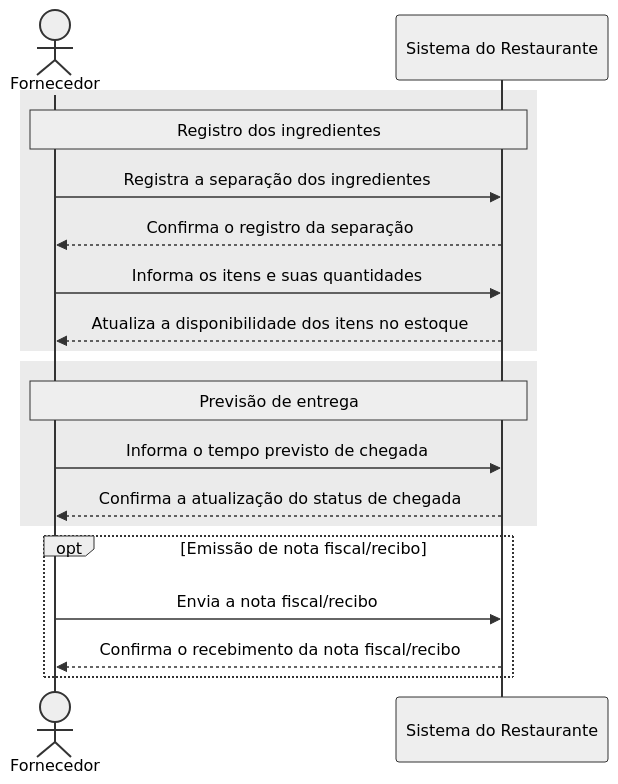
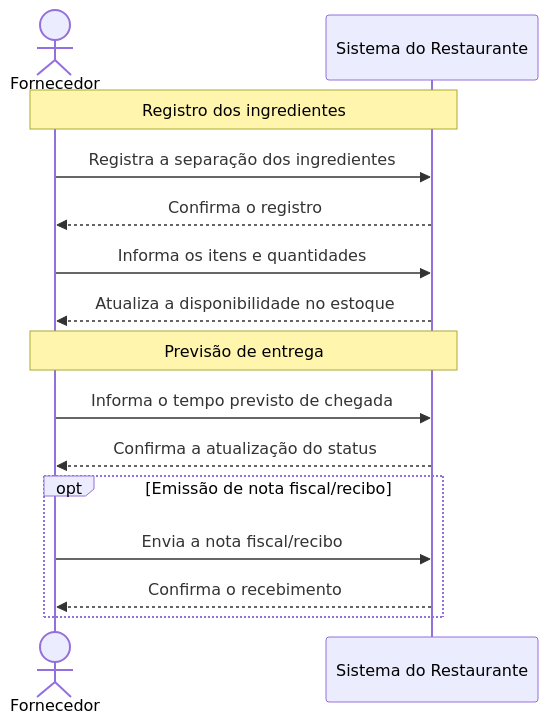
The diagram in sla.md (GusCage/teste), drawn with Mermaid before and after one commit.

Commit message:
Refactor Mermaid diagram for clarity and conciseness

````diff
--- a/sla.md
+++ b/sla.md
@@ -2,42 +2,20 @@
 ```mermaid
-%%{init: {'theme':'base', 'themeVariables': {
-    'background':'#ffffff',
-    'primaryColor':'#e5e5e5',
-    'primaryTextColor':'#000000',
-    'primaryBorderColor':'#333333',
-    'lineColor':'#333333',
-    'textColor':'#000000',
-    'actorBkg':'#eeeeee',
-    'actorTextColor':'#000000',
-    'actorBorder':'#333333',
-    'signalColor':'#333333',
-    'signalTextColor':'#000000',
-    'labelTextColor':'#000000',
-    'noteBkgColor':'#eeeeee',
-    'noteTextColor':'#000000',
-    'noteBorderColor':'#333333'
-}}}%%
-
 sequenceDiagram
     actor Fornecedor
     participant Sistema as Sistema do Restaurante
 
-    rect rgb(235, 235, 235)
-        Note over Fornecedor,Sistema: Registro dos ingredientes
-        Fornecedor->>Sistema: Registra a separação dos ingredientes
-        Sistema-->>Fornecedor: Confirma o registro da separação
-        Fornecedor->>Sistema: Informa os itens e suas quantidades
-        Sistema-->>Fornecedor: Atualiza a disponibilidade dos itens no estoque
-    end
+    Note over Fornecedor,Sistema: Registro dos ingredientes
+    Fornecedor->>Sistema: Registra a separação dos ingredientes
+    Sistema-->>Fornecedor: Confirma o registro
+    Fornecedor->>Sistema: Informa os itens e quantidades
+    Sistema-->>Fornecedor: Atualiza a disponibilidade no estoque
 
-    rect rgb(235, 235, 235)
-        Note over Fornecedor,Sistema: Previsão de entrega
-        Fornecedor->>Sistema: Informa o tempo previsto de chegada
-        Sistema-->>Fornecedor: Confirma a atualização do status de chegada
-    end
+    Note over Fornecedor,Sistema: Previsão de entrega
+    Fornecedor->>Sistema: Informa o tempo previsto de chegada
+    Sistema-->>Fornecedor: Confirma a atualização do status
 
     opt Emissão de nota fiscal/recibo
         Fornecedor->>Sistema: Envia a nota fiscal/recibo
-        Sistema-->>Fornecedor: Confirma o recebimento da nota fiscal/recibo
+        Sistema-->>Fornecedor: Confirma o recebimento
     end
 ```
````
